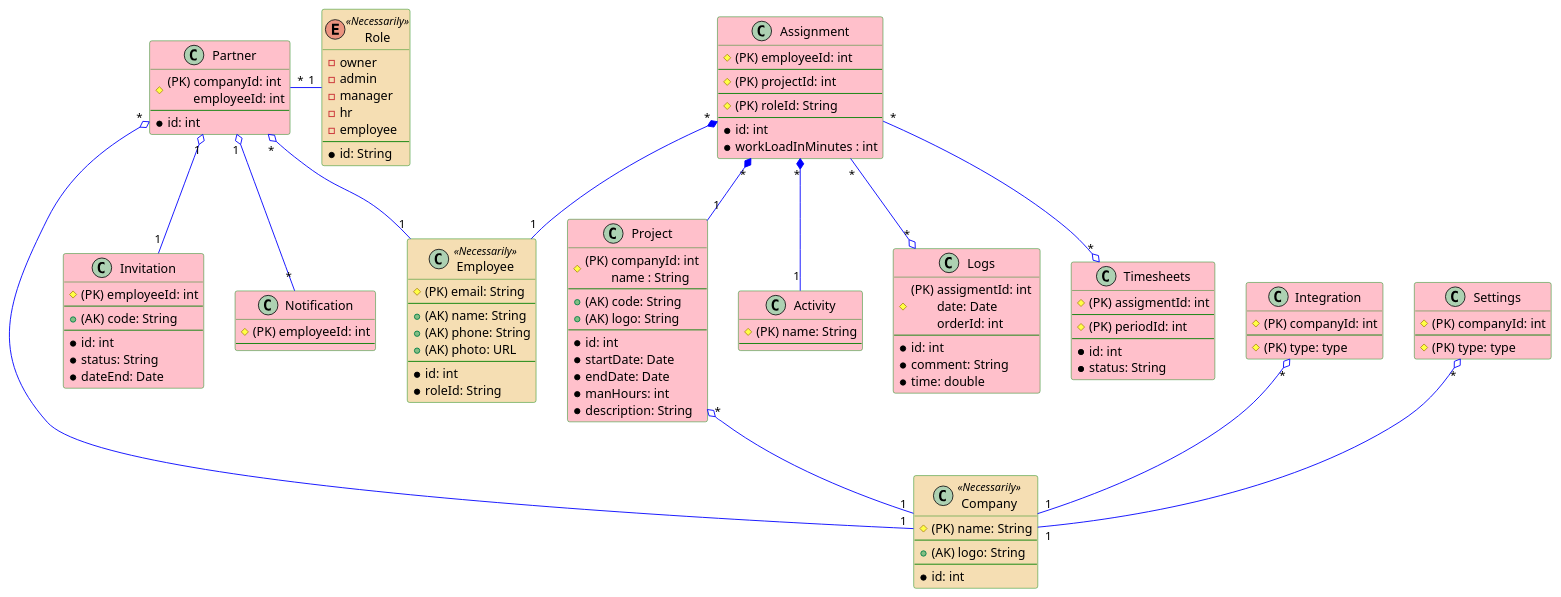
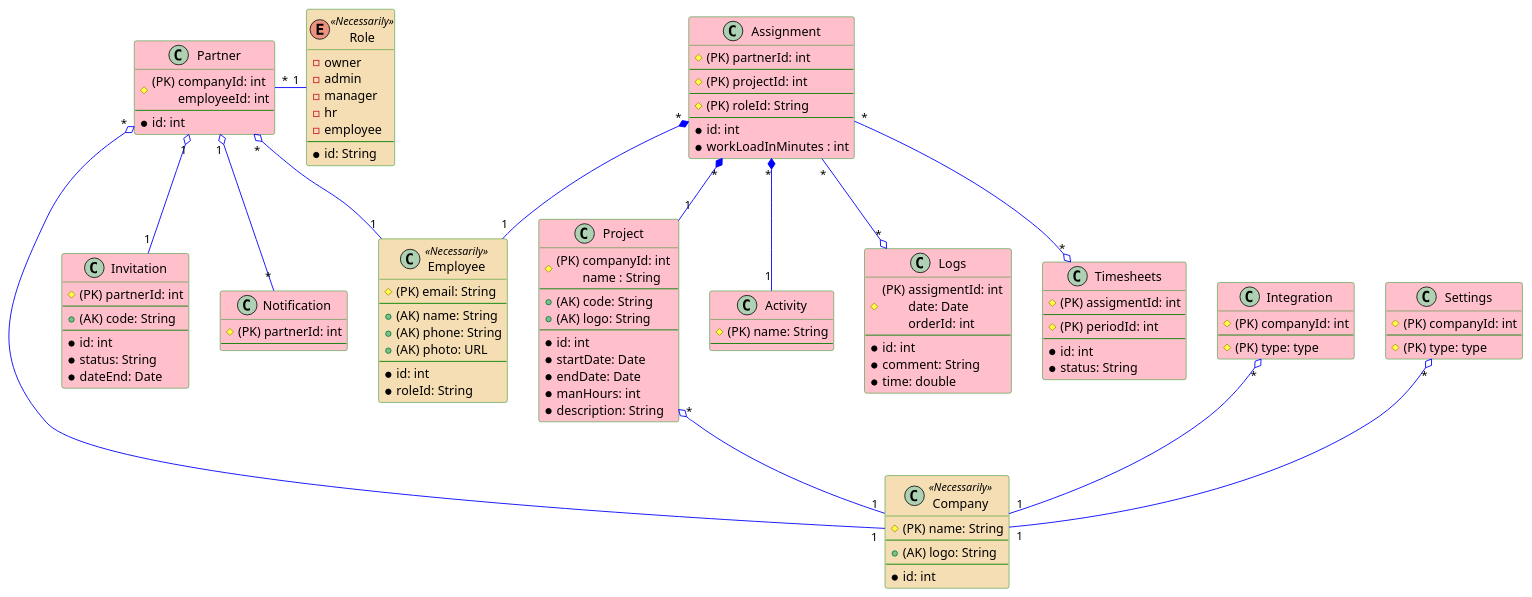
Before and after one commit to TicTacT0e/stormnet-springDJ: the diagram in src/schema.db.puml, drawn with PlantUML. The commit also changed 49 other files, not shown here.

```diff
--- a/src/schema.db.puml
+++ b/src/schema.db.puml
@@ -1,132 +1,132 @@
 @startuml
 
     skinparam class {
         BackgroundColor Pink
         ArrowColor Blue
         BorderColor Green
         BackgroundColor<<Necessarily>> Wheat
     }
 
 	class Company <<Necessarily>> {
 	    # (PK) name: String
 	    --
 	    + (AK) logo: String
 	    --
 	    *id: int
 	}
 
 	class Partner {
 	    # (PK) companyId: int \n\temployeeId: int
 	    --
 	    *id: int
 	}
 
 	class Employee <<Necessarily>> {
 	    # (PK) email: String
 	    --
 	    + (AK) name: String
 	    + (AK) phone: String
 	    + (AK) photo: URL
 	    --
 	    *id: int
 	    *roleId: String
 	}
 
 	class Project {
 	    # (PK) companyId: int \n\tname : String
 	    --
 	    + (AK) code: String
 	    + (AK) logo: String
 	    --
 	    *id: int
 	    *startDate: Date
 	    *endDate: Date
 	    *manHours: int
 	    *description: String
 	}
 
 	class Integration {
 	    #(PK) companyId: int
 	    --
 	    #(PK) type: type
 	}
 
 	class Settings {
 	    #(PK) companyId: int
     	--
     	#(PK) type: type
 	}
 
 	enum Role <<Necessarily>> {
 	    - owner
 	    - admin
 	    - manager
 	    - hr
 	    - employee
 	    --
 	    *id: String
      }
 
 	class Invitation {
-	    # (PK) employeeId: int
+	    # (PK) partnerId: int
 	    --
 	    + (AK) code: String
 	    --
 	    *id: int
 	    *status: String
 	    *dateEnd: Date
 	}
 
 	class Notification {
-	    # (PK) employeeId: int
+	    # (PK) partnerId: int
 	    --
 	}
 
 	class Assignment {
-	    # (PK) employeeId: int
+	    # (PK) partnerId: int
 	    --
 	    # (PK) projectId: int
 	    --
 	    # (PK) roleId: String
 	    --
 	    *id: int
 	    *workLoadInMinutes : int
 	}
 
 	class Activity {
 	    # (PK) name: String
 	    --
 	}
 
 	class Logs {
 	    # (PK) assigmentId: int \n\tdate: Date \n\torderId: int
 	    --
 	    *id: int
 	    *comment: String
 	    *time: double
 	}
 
 	class Timesheets {
 	    # (PK) assigmentId: int
 	    --
 	    # (PK) periodId: int
 	    --
 	    *id: int
 	    *status: String
 	}
 
 	Project "*" o-- "1" Company
 	Settings "*" o-- "1" Company
 	Integration "*" o-- "1" Company
 	Partner "*" o-- "1" Company
 	Partner "*" o-- "1" Employee
 	Partner "*" - "1" Role
 	Partner "1" o-- "1" Invitation
 	Partner "1" o-- "*" Notification
 	Assignment "*" *-- "1" Project
 	Assignment "*" *-- "1" Employee
 	Assignment "*" *-- "1" Activity
 	Assignment "*" --o "*" Logs
 	Assignment "*" --o "*" Timesheets
 
 @enduml
```
